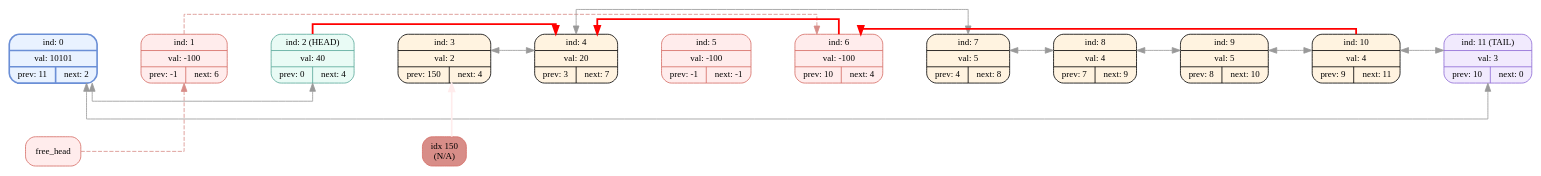
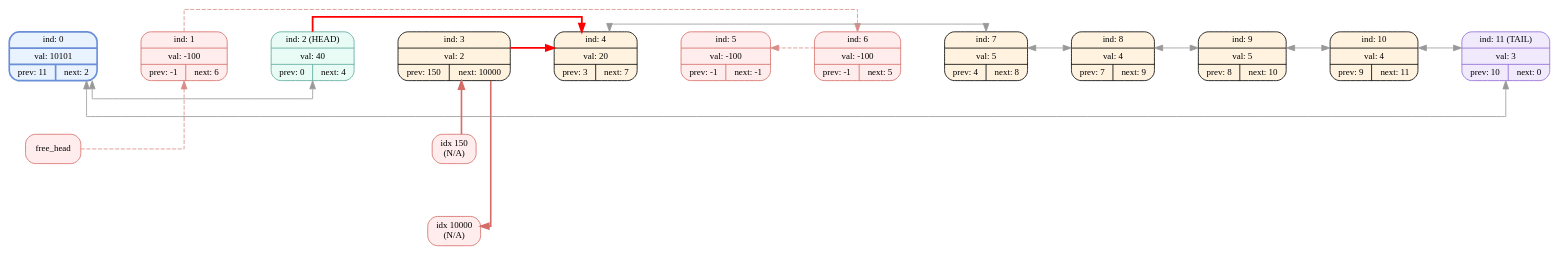
The diagram in dumps/dump_008.dot (EvilTomato9890/DEAD_List), drawn with Graphviz before and after one commit. The commit also changed 18 other files, not shown here.

```diff
--- a/dumps/dump_008.dot
+++ b/dumps/dump_008.dot
@@ -1,48 +1,51 @@
 digraph G{
   rankdir=LR;
   splines=ortho;
   nodesep=0.9;
   ranksep=0.75;
   node [fontname="Fira Mono",shape=record,style="filled,rounded",fontsize=11];
   node_0[shape=record,label="ind: 0 | val: 10101 | { prev: 11 | next: 2 }",color="#6b8fd6",style="filled,bold,rounded",fillcolor="#e9f2ff"];
   node_1[shape=record,label=" ind: 1 | val: -100 | { prev: -1 | next: 6 } ",style="filled,rounded",color="#d66d66",fillcolor="#ffecec"];
   node_2[shape=record,label=" ind: 2 (HEAD) | val: 40 | { prev: 0 | next: 4 } ",color="#5aa99b",fillcolor="#e9fbf5"];
-  node_3[shape=record,label=" ind: 3 | val: 2 | { prev: 150 | next: 4 } ",color="#000000",fillcolor="#fff3e0"];
+  node_3[shape=record,label=" ind: 3 | val: 2 | { prev: 150 | next: 10000 } ",color="#000000",fillcolor="#fff3e0"];
   node_4[shape=record,label=" ind: 4 | val: 20 | { prev: 3 | next: 7 } ",color="#000000",fillcolor="#fff3e0"];
   node_5[shape=record,label=" ind: 5 | val: -100 | { prev: -1 | next: -1 } ",style="filled,rounded",color="#d66d66",fillcolor="#ffecec"];
-  node_6[shape=record,label=" ind: 6 | val: -100 | { prev: 10 | next: 4 } ",style="filled,rounded",color="#d66d66",fillcolor="#ffecec"];
+  node_6[shape=record,label=" ind: 6 | val: -100 | { prev: -1 | next: 5 } ",style="filled,rounded",color="#d66d66",fillcolor="#ffecec"];
   node_7[shape=record,label=" ind: 7 | val: 5 | { prev: 4 | next: 8 } ",color="#000000",fillcolor="#fff3e0"];
   node_8[shape=record,label=" ind: 8 | val: 4 | { prev: 7 | next: 9 } ",color="#000000",fillcolor="#fff3e0"];
   node_9[shape=record,label=" ind: 9 | val: 5 | { prev: 8 | next: 10 } ",color="#000000",fillcolor="#fff3e0"];
   node_10[shape=record,label=" ind: 10 | val: 4 | { prev: 9 | next: 11 } ",color="#000000",fillcolor="#fff3e0"];
   node_11[shape=record,label=" ind: 11 (TAIL) | val: 3 | { prev: 10 | next: 0 } ",color="#8e6bd6",fillcolor="#f1eafd"];
   node_0 -> node_1 [weight=1000,style=invis];
   node_1 -> node_2 [weight=1000,style=invis];
   node_2 -> node_3 [weight=1000,style=invis];
   node_3 -> node_4 [weight=1000,style=invis];
   node_4 -> node_5 [weight=1000,style=invis];
   node_5 -> node_6 [weight=1000,style=invis];
   node_6 -> node_7 [weight=1000,style=invis];
   node_7 -> node_8 [weight=1000,style=invis];
   node_8 -> node_9 [weight=1000,style=invis];
   node_9 -> node_10 [weight=1000,style=invis];
   node_10 -> node_11 [weight=1000,style=invis];
   node_1 -> node_6 [color="#d88d88", style=dashed, constraint=false];
+  node_6 -> node_5 [color="#d88d88", style=dashed, constraint=false];
   node_0 -> node_2 [dir=both, color="#999999", constraint=false];
   node_2 -> node_4 [color="#ff0000", penwidth=2.2, constraint=false];
-  node_3 -> node_4 [dir=both, color="#999999", constraint=false];
+  node_bad_n_3 [label="idx 10000\n(N/A)",shape=rectangle,style="filled,rounded",color="#d66d66",fillcolor="#ffecec"];
+  node_3 -> node_bad_n_3 [style="bold", color="#d66d66", constraint=false];
+  node_3 -> node_bad_n_3 [style=invis, constraint=true, weight=60, minlen=1];
+  {rank=same; node_3; node_bad_n_3;}
   node_4 -> node_7 [dir=both, color="#999999", constraint=false];
-  node_6 -> node_4 [color="#ff0000", penwidth=2.2, constraint=false];
   node_7 -> node_8 [dir=both, color="#999999", constraint=false];
   node_8 -> node_9 [dir=both, color="#999999", constraint=false];
   node_9 -> node_10 [dir=both, color="#999999", constraint=false];
   node_10 -> node_11 [dir=both, color="#999999", constraint=false];
   node_11 -> node_0 [dir=both, color="#999999", constraint=false];
-  node_bad_p_3 [label="idx 150\n(N/A)",shape=rectangle,style="filled,rounded",color="#d66d66",fillcolor="#d88d88"];
-  node_bad_p_3 -> node_3 [style="bold", color="#ffecec", constraint=false];
+  node_bad_p_3 [label="idx 150\n(N/A)",shape=rectangle,style="filled,rounded",color="#d66d66",fillcolor="#ffecec"];
+  node_bad_p_3 -> node_3 [style="bold", color="#d66d66", constraint=false];
   node_3 -> node_bad_p_3 [style=invis, constraint=true, weight=60, minlen=1];
   {rank=same; node_3; node_bad_p_3;}
-  node_10 -> node_6 [color="#ff0000", penwidth=2.2, constraint=false];
+  node_3 -> node_4 [color="#ff0000", penwidth=2.2, constraint=false];
   node_free [label=free_head,color="#d66d66",shape=rectangle,style="filled,rounded",fillcolor="#ffecec"];
   node_free -> node_1 [color="#d88d88", style=dashed, constraint=false];
 }
```
